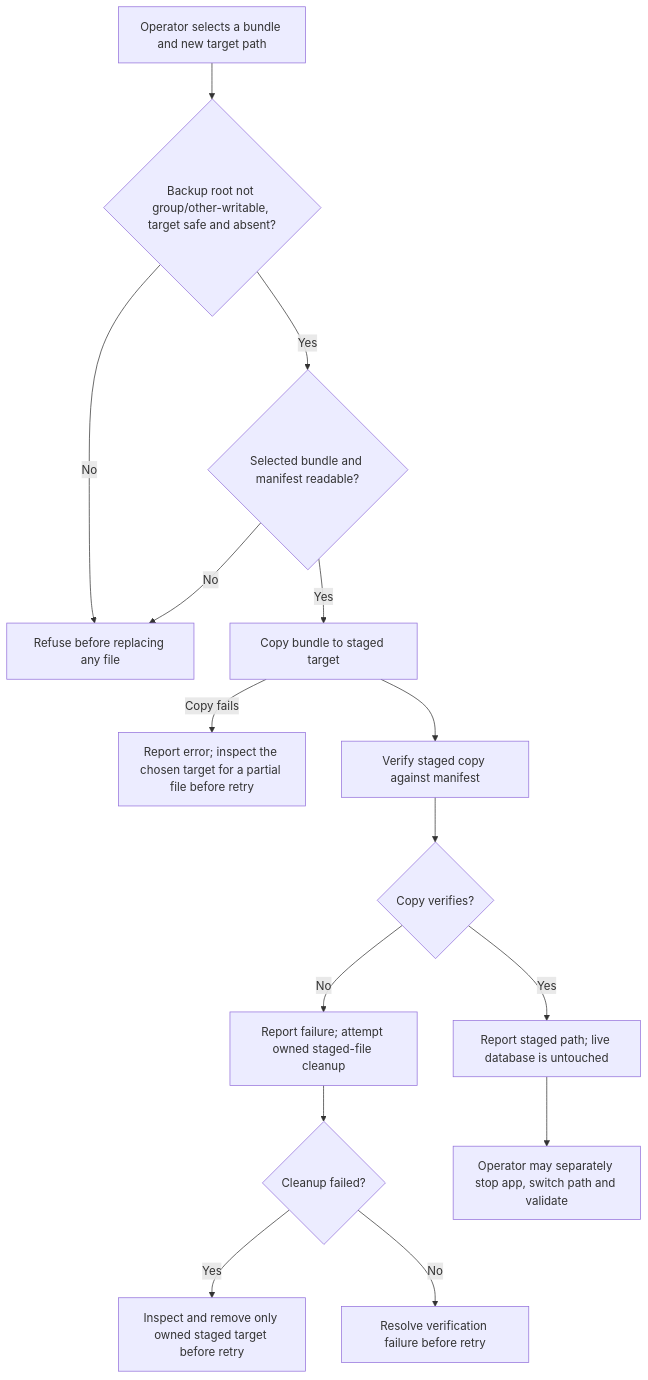
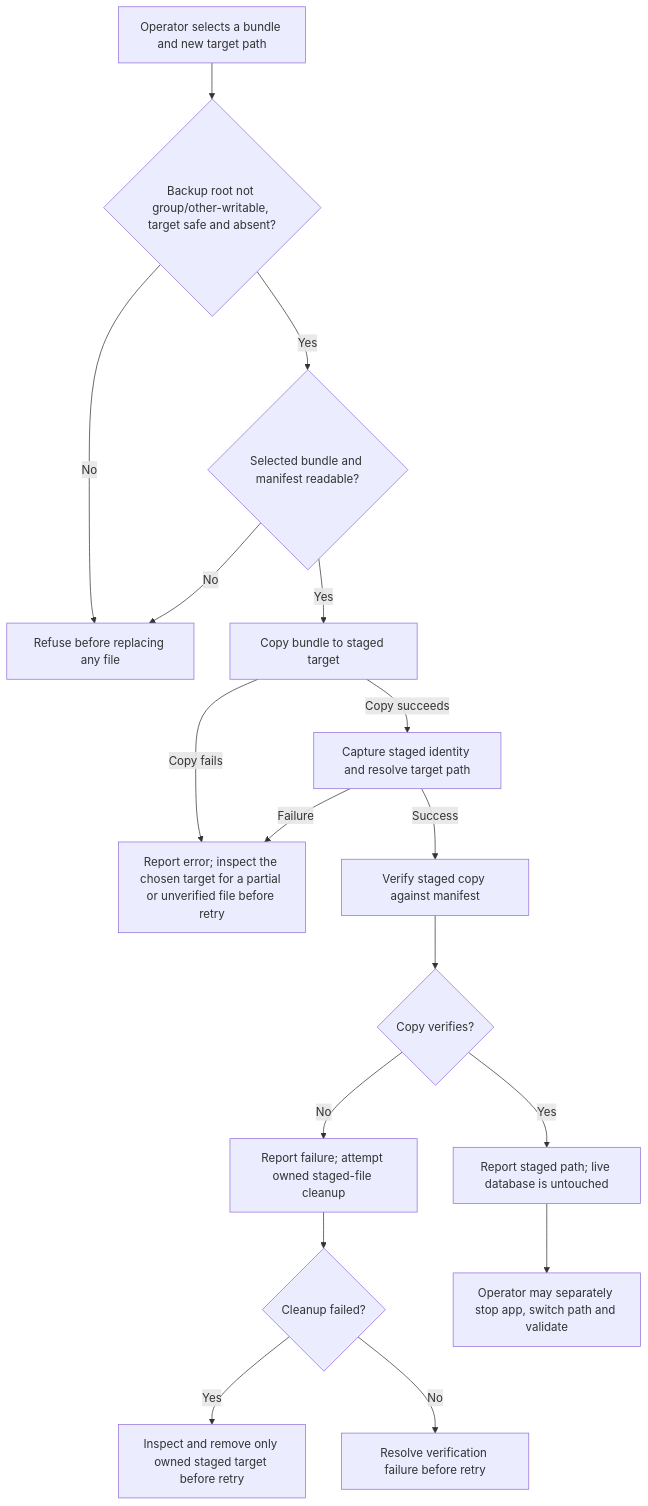
The first of 2 diagrams in user-stories/prepare-restore/us-op-04-prepare-restore.md (Kevinjohn/oss-adonisjs-sqlite-backup), drawn with Mermaid before and after one commit. The commit also changed 4 other files, not shown here.

Commit message:
Correct source-backed user story flow details

````diff
--- a/user-stories/prepare-restore/us-op-04-prepare-restore.md
+++ b/user-stories/prepare-restore/us-op-04-prepare-restore.md
@@ -31,17 +31,19 @@
 ```mermaid
 flowchart TD
     A["Operator selects a bundle and new target path"] --> B{"Backup root not group/other-writable, target safe and absent?"}
     B -->|No| C["Refuse before replacing any file"]
     B -->|Yes| S{"Selected bundle and manifest readable?"}
     S -->|No| C
     S -->|Yes| D["Copy bundle to staged target"]
-    D -->|Copy fails| CF["Report error; inspect the chosen target for a partial file before retry"]
-    D --> E["Verify staged copy against manifest"]
+    D -->|Copy fails| CF["Report error; inspect the chosen target for a partial or unverified file before retry"]
+    D -->|Copy succeeds| ID["Capture staged identity and resolve target path"]
+    ID -->|Failure| CF
+    ID -->|Success| E["Verify staged copy against manifest"]
     E --> F{"Copy verifies?"}
     F -->|No| G["Report failure; attempt owned staged-file cleanup"]
     G --> J{"Cleanup failed?"}
     J -->|Yes| K["Inspect and remove only owned staged target before retry"]
     J -->|No| L["Resolve verification failure before retry"]
     F -->|Yes| H["Report staged path; live database is untouched"]
     H --> I["Operator may separately stop app, switch path and validate"]
 ```
````
